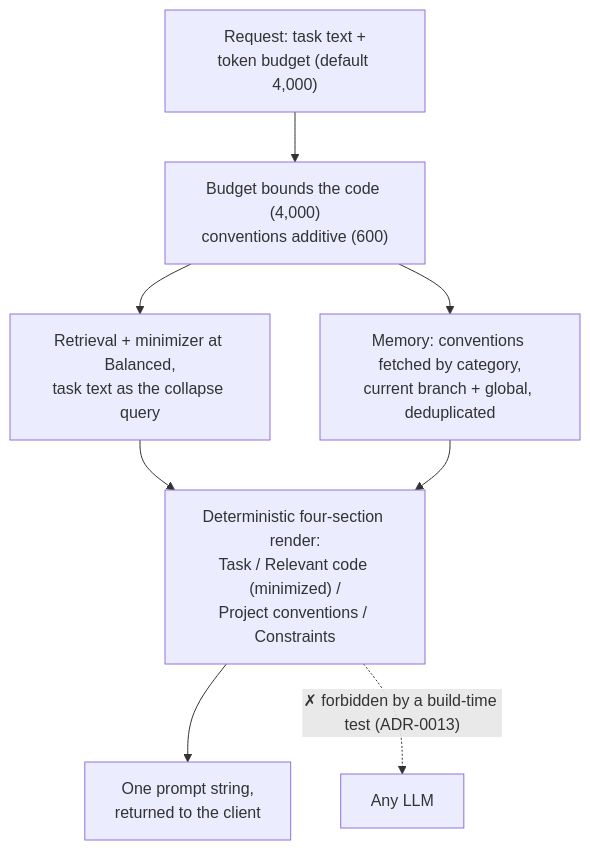
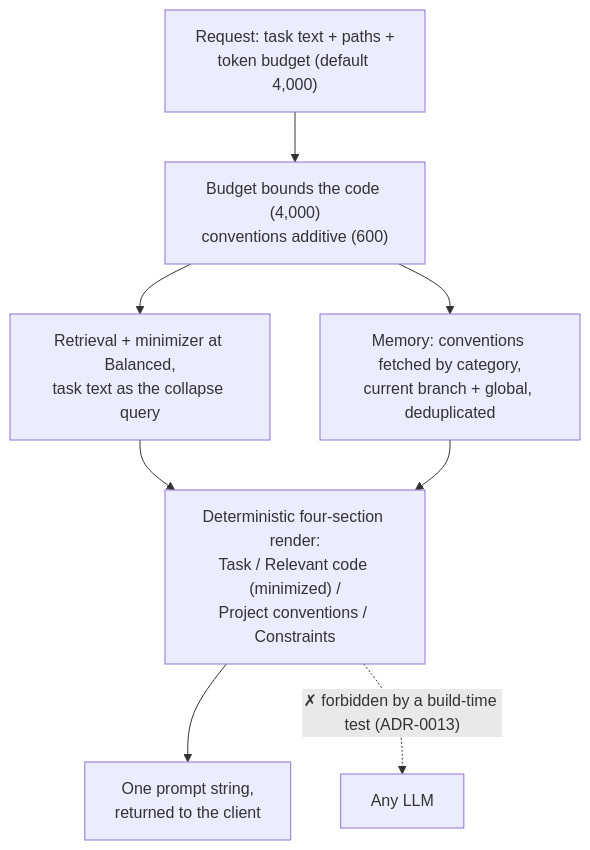
One commit to nitinpawar28/AI-learn changed the second of 2 diagrams in docs/part4-agents/grounded-prompting.md. Above: the diagram before and after it, drawn with Mermaid. The commit also changed other lines of this file and 3 other files, not shown here.

````diff
--- a/docs/part4-agents/grounded-prompting.md
+++ b/docs/part4-agents/grounded-prompting.md
@@ -111,17 +111,17 @@
 ```mermaid
 flowchart TB
-    IN["Request: task text +<br/>token budget (default 4,000)"]
+    IN["Request: task text + paths +<br/>token budget (default 4,000)"]
     SPLIT["Budget bounds the code (4,000)<br/>conventions additive (600)"]
     CODE["Retrieval + minimizer at Balanced,<br/>task text as the collapse query"]
     CONV["Memory: conventions fetched by category,<br/>current branch + global, deduplicated"]
     RENDER["Deterministic four-section render:<br/>Task / Relevant code (minimized) /<br/>Project conventions / Constraints"]
     OUT["One prompt string,<br/>returned to the client"]
     LLM["Any LLM"]
     IN --> SPLIT
     SPLIT --> CODE
     SPLIT --> CONV
     CODE --> RENDER
     CONV --> RENDER
     RENDER --> OUT
     RENDER -. "✗ forbidden by a build-time test (ADR-0013)" .-> LLM
 ```
````
